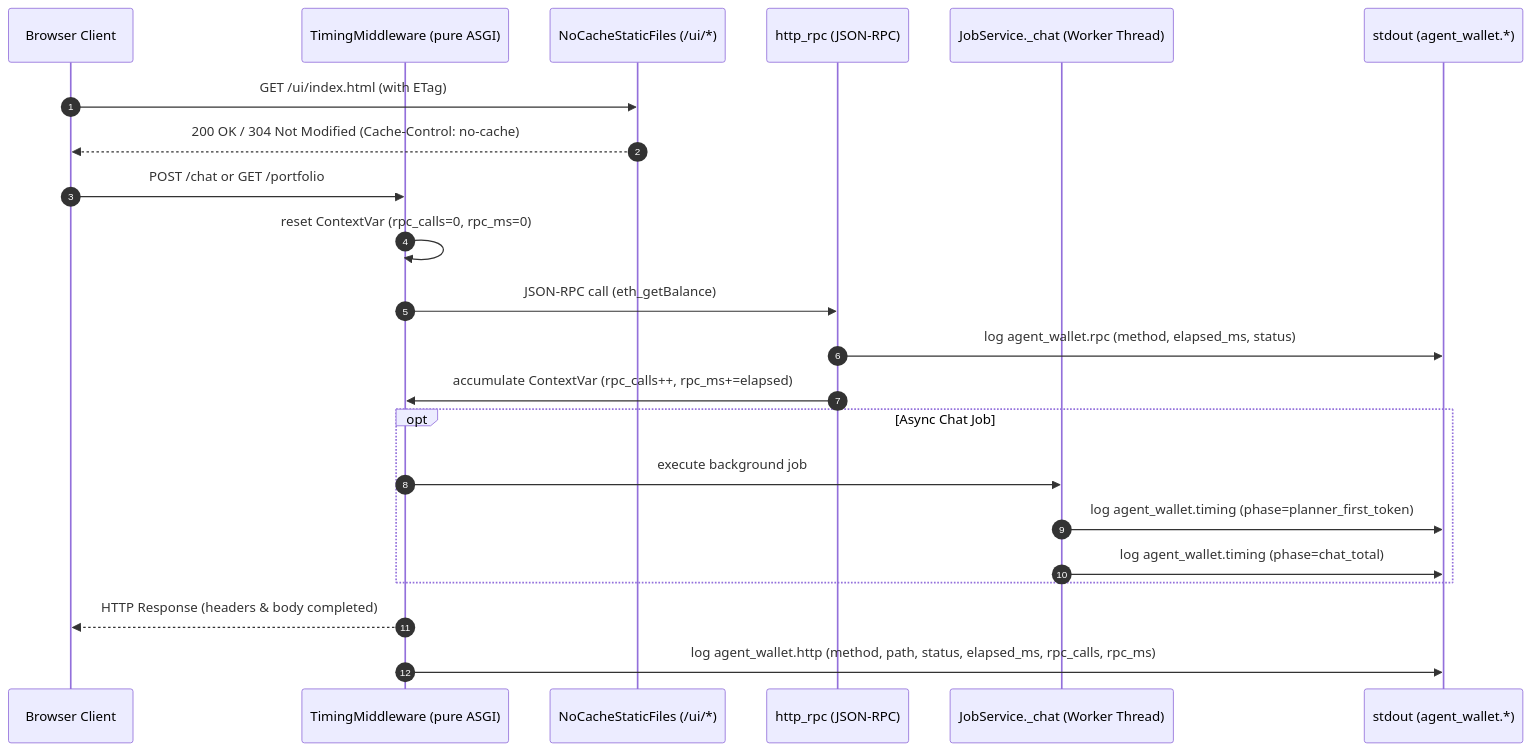
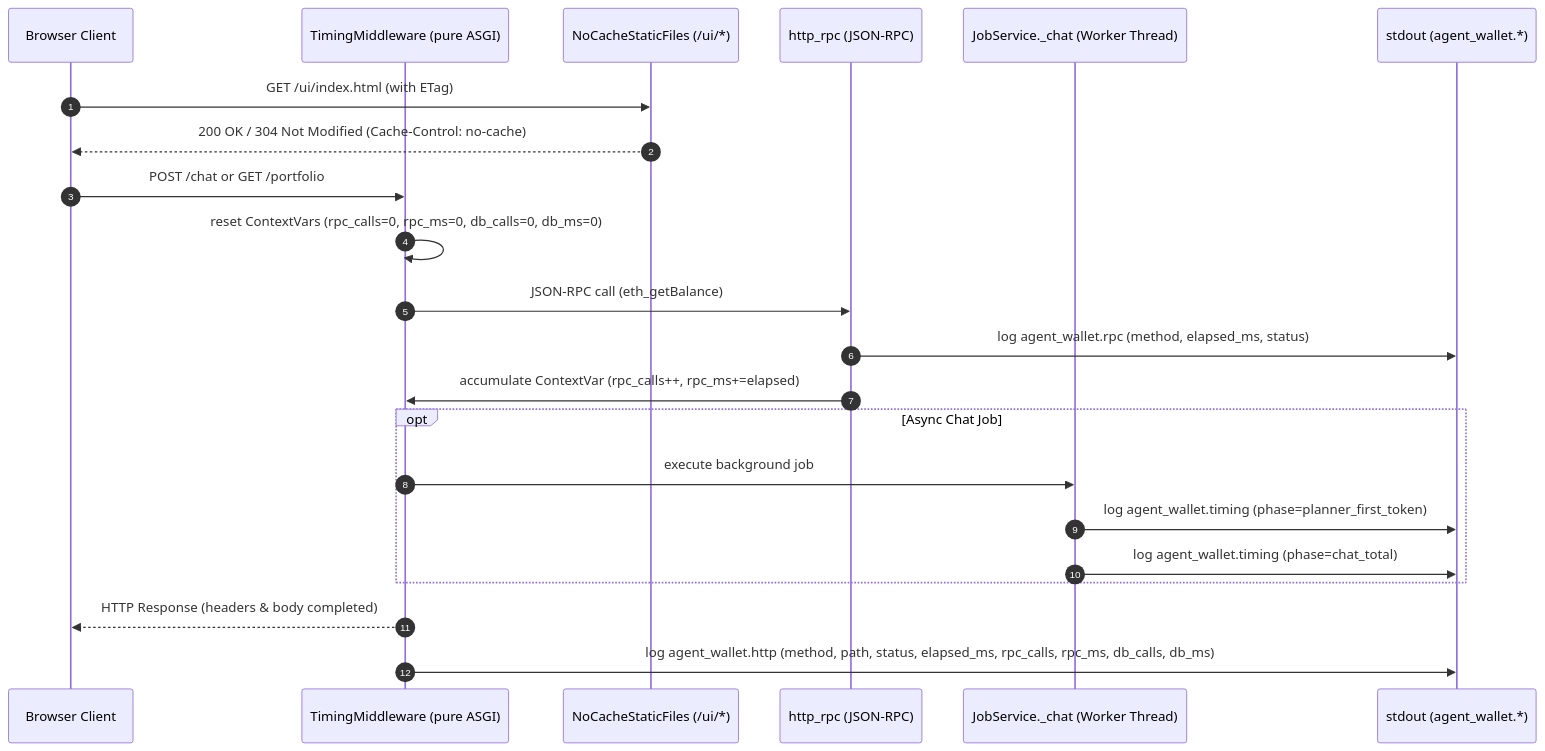
The diagram in docs/architecture/timing-logs.md (thaicuong576/agent-wallet), drawn with Mermaid before and after one commit. The commit also changed other lines of this file and 13 other files, not shown here.

````diff
--- a/docs/architecture/timing-logs.md
+++ b/docs/architecture/timing-logs.md
@@ -11,28 +11,28 @@
 ```mermaid
 sequenceDiagram
   autonumber
   participant B as Browser Client
   participant M as TimingMiddleware (pure ASGI)
   participant S as NoCacheStaticFiles (/ui/*)
   participant R as http_rpc (JSON-RPC)
   participant J as JobService._chat (Worker Thread)
   participant L as stdout (agent_wallet.*)
 
   B->>S: GET /ui/index.html (with ETag)
   S-->>B: 200 OK / 304 Not Modified (Cache-Control: no-cache)
 
   B->>M: POST /chat or GET /portfolio
-  M->>M: reset ContextVar (rpc_calls=0, rpc_ms=0)
+  M->>M: reset ContextVars (rpc_calls=0, rpc_ms=0, db_calls=0, db_ms=0)
   M->>R: JSON-RPC call (eth_getBalance)
   R->>L: log agent_wallet.rpc (method, elapsed_ms, status)
   R->>M: accumulate ContextVar (rpc_calls++, rpc_ms+=elapsed)
   
   opt Async Chat Job
     M->>J: execute background job
     J->>L: log agent_wallet.timing (phase=planner_first_token)
     J->>L: log agent_wallet.timing (phase=chat_total)
   end
 
   M-->>B: HTTP Response (headers & body completed)
-  M->>L: log agent_wallet.http (method, path, status, elapsed_ms, rpc_calls, rpc_ms)
+  M->>L: log agent_wallet.http (method, path, status, elapsed_ms, rpc_calls, rpc_ms, db_calls, db_ms)
 ```
````
